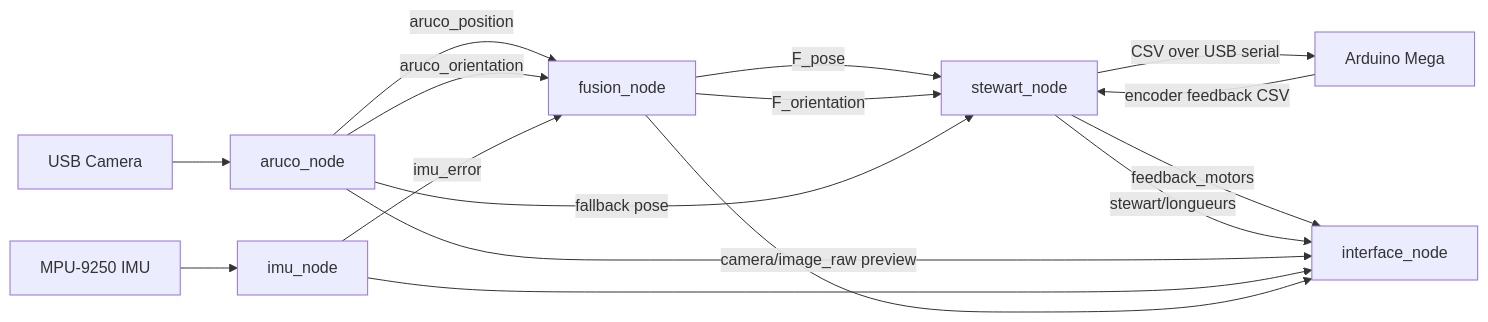
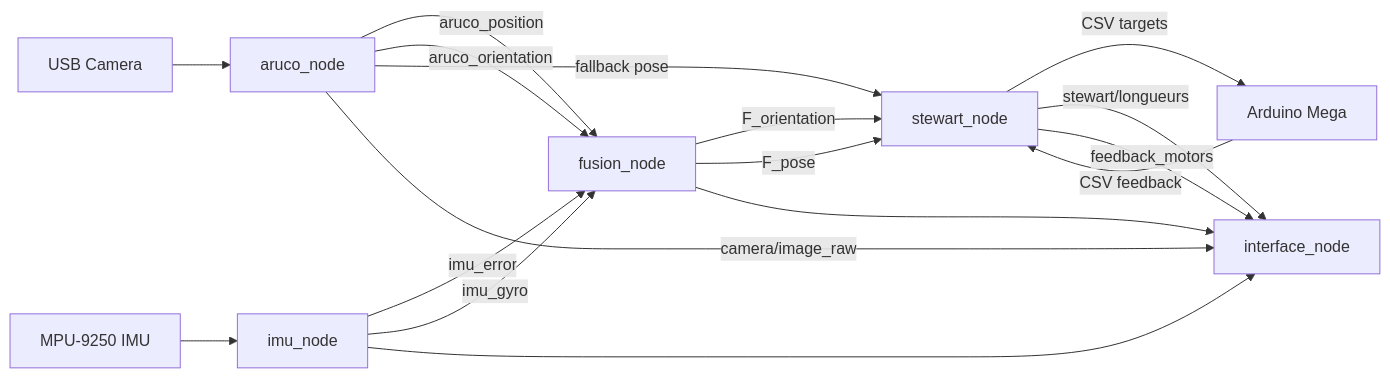
One commit to AliHassan-019/Autonomous-Coupling changed the diagram in README.md. Above: the diagram before and after it, drawn with Mermaid. The commit also changed other lines of this file and 1 other file, not shown here.

````diff
--- a/README.md
+++ b/README.md
@@ -34,22 +106,23 @@
 ```mermaid
 flowchart LR
     CAM["USB Camera"] --> ARUCO["aruco_node"]
     IMU["MPU-9250 IMU"] --> IMUN["imu_node"]
 
     ARUCO -->|aruco_position| FUSION["fusion_node"]
     ARUCO -->|aruco_orientation| FUSION
     IMUN -->|imu_error| FUSION
+    IMUN -->|imu_gyro| FUSION
 
-    FUSION -->|F_pose| AUTO["stewart_node"]
-    FUSION -->|F_orientation| AUTO
+    FUSION -->|F_orientation| AUTO["stewart_node"]
+    FUSION -->|F_pose| AUTO
     ARUCO -->|fallback pose| AUTO
 
-    AUTO -->|CSV over USB serial| ARD["Arduino Mega"]
-    ARD -->|encoder feedback CSV| AUTO
-    AUTO -->|feedback_motors| GUI["interface_node"]
-    AUTO -->|stewart/longueurs| GUI
+    AUTO -->|CSV targets| ARD["Arduino Mega"]
+    ARD -->|CSV feedback| AUTO
+    AUTO -->|stewart/longueurs| GUI["interface_node"]
+    AUTO -->|feedback_motors| GUI
 
-    ARUCO -->|camera/image_raw preview| GUI
+    ARUCO -->|camera/image_raw| GUI
     IMUN --> GUI
     FUSION --> GUI
 ```
````
